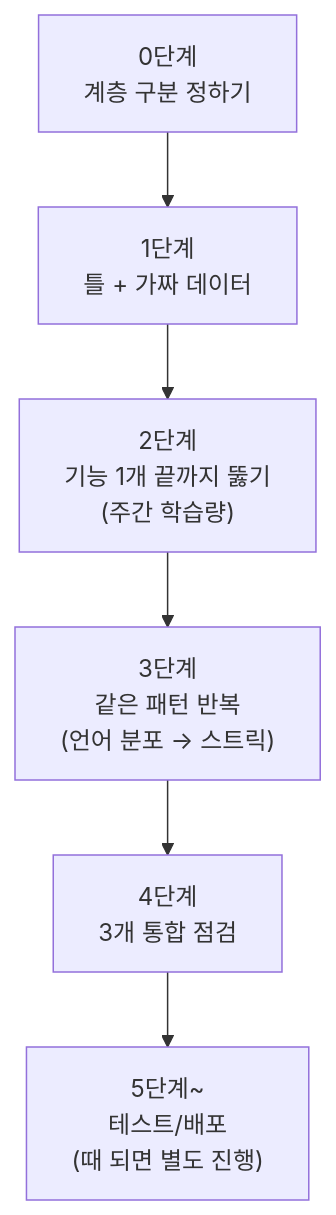
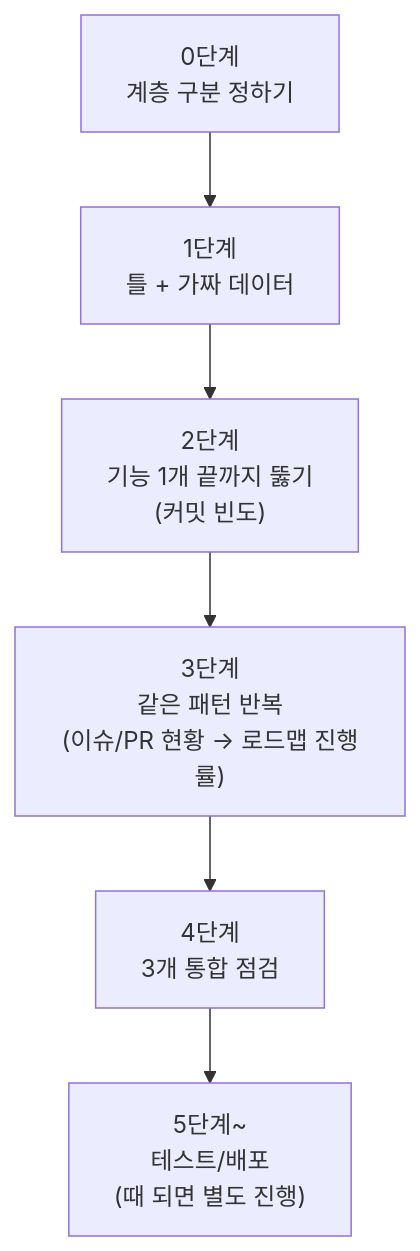
One commit to lee12sen/github-activity-dashboard changed the second of 2 diagrams in docs/ROADMAP.md. Above: the diagram before and after it, drawn with Mermaid. The commit also changed other lines of this file and 3 other files, not shown here.

````diff
--- a/docs/ROADMAP.md
+++ b/docs/ROADMAP.md
@@ -41,8 +42,8 @@
 ```mermaid
 flowchart TD
     S0["0단계<br/>계층 구분 정하기"] --> S1["1단계<br/>틀 + 가짜 데이터"]
-    S1 --> S2["2단계<br/>기능 1개 끝까지 뚫기<br/>(주간 학습량)"]
-    S2 --> S3["3단계<br/>같은 패턴 반복<br/>(언어 분포 → 스트릭)"]
+    S1 --> S2["2단계<br/>기능 1개 끝까지 뚫기<br/>(커밋 빈도)"]
+    S2 --> S3["3단계<br/>같은 패턴 반복<br/>(이슈/PR 현황 → 로드맵 진행률)"]
     S3 --> S4["4단계<br/>3개 통합 점검"]
     S4 --> S5["5단계~<br/>테스트/배포<br/>(때 되면 별도 진행)"]
 ```
````
